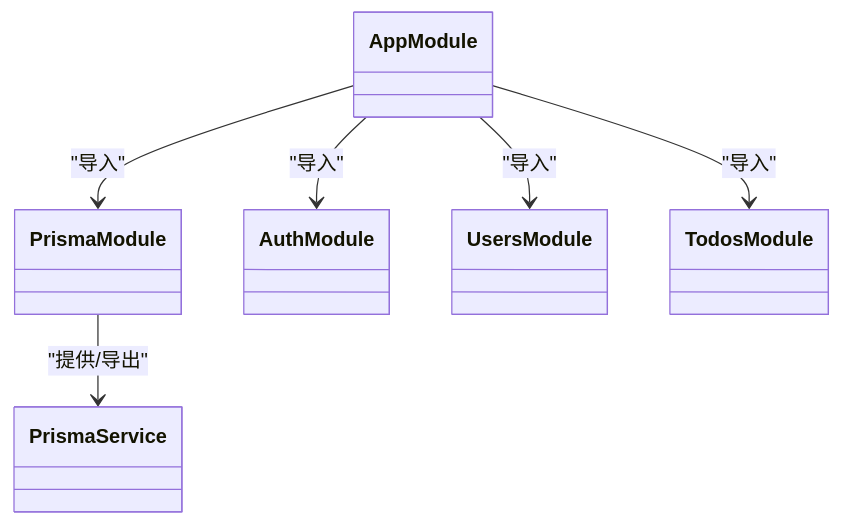
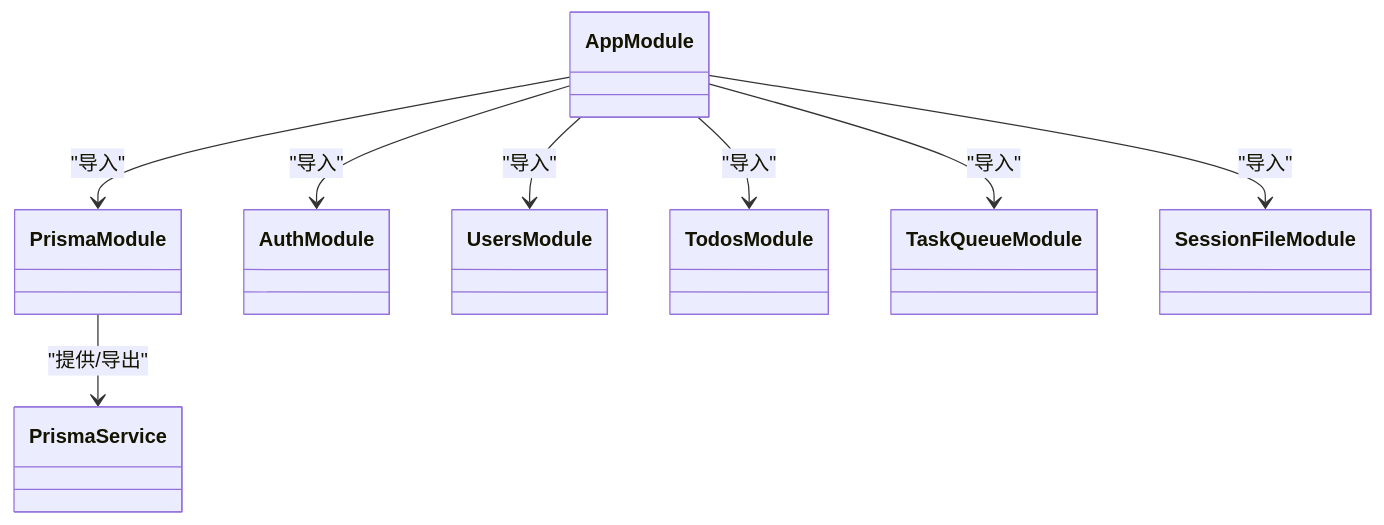
One commit to xixixiaoyu/Todo changed the third of 12 diagrams in .qoder/repowiki/zh/content/后端架构/后端架构.md. Above: the diagram before and after it, drawn with Mermaid. The commit also changed other lines of this file and 6 other files, not shown here.

````diff
--- a/.qoder/repowiki/zh/content/后端架构/后端架构.md
+++ b/.qoder/repowiki/zh/content/后端架构/后端架构.md
@@ -143,14 +171,18 @@
 ```mermaid
 classDiagram
 class AppModule
 class PrismaModule
 class PrismaService
 class AuthModule
 class UsersModule
 class TodosModule
+class TaskQueueModule
+class SessionFileModule
 AppModule --> PrismaModule : "导入"
 AppModule --> AuthModule : "导入"
 AppModule --> UsersModule : "导入"
 AppModule --> TodosModule : "导入"
+AppModule --> TaskQueueModule : "导入"
+AppModule --> SessionFileModule : "导入"
 PrismaModule --> PrismaService : "提供/导出"
 ```
````
